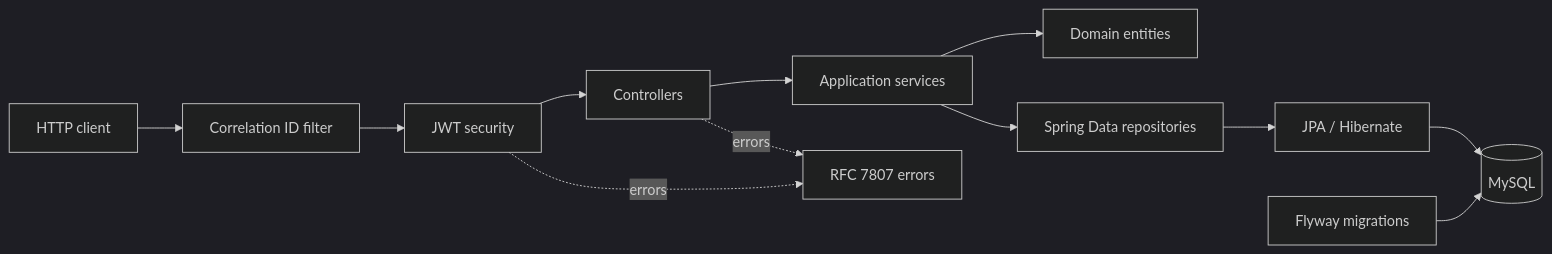
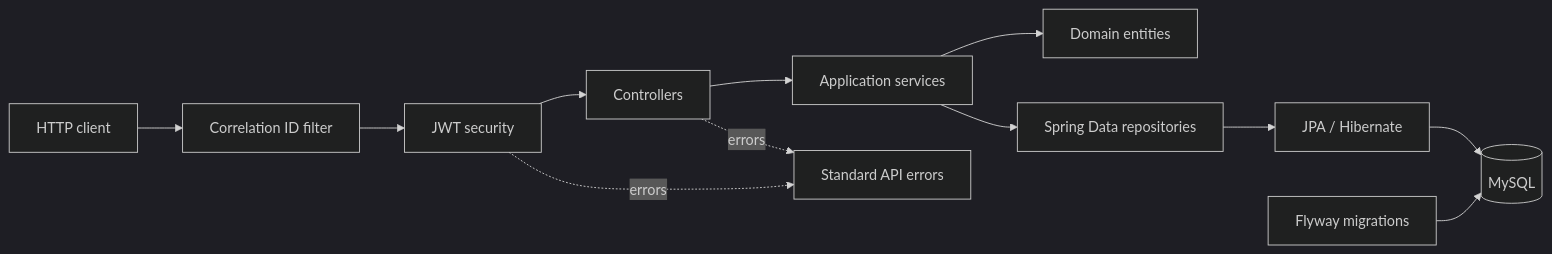
One commit to vladyc1234/API-store-management-tool changed the first of 2 diagrams in GAME_STORE_ARCHITECTURE_AND_OOP_HANDBOOK.md. Above: the diagram before and after it, drawn with Mermaid (dark theme). The commit also changed other lines of this file, not shown here.

````diff
--- a/GAME_STORE_ARCHITECTURE_AND_OOP_HANDBOOK.md
+++ b/GAME_STORE_ARCHITECTURE_AND_OOP_HANDBOOK.md
@@ -27,14 +55,14 @@
 ```mermaid
 flowchart LR
     Client["HTTP client"] --> Filter["Correlation ID filter"]
     Filter --> Security["JWT security"]
     Security --> Controllers["Controllers"]
     Controllers --> Services["Application services"]
     Services --> Entities["Domain entities"]
     Services --> Repositories["Spring Data repositories"]
     Repositories --> JPA["JPA / Hibernate"]
     JPA --> DB[("MySQL")]
     Flyway["Flyway migrations"] --> DB
-    Controllers -. errors .-> Problems["RFC 7807 errors"]
+    Controllers -. errors .-> Problems["Standard API errors"]
     Security -. errors .-> Problems
 ```
````
